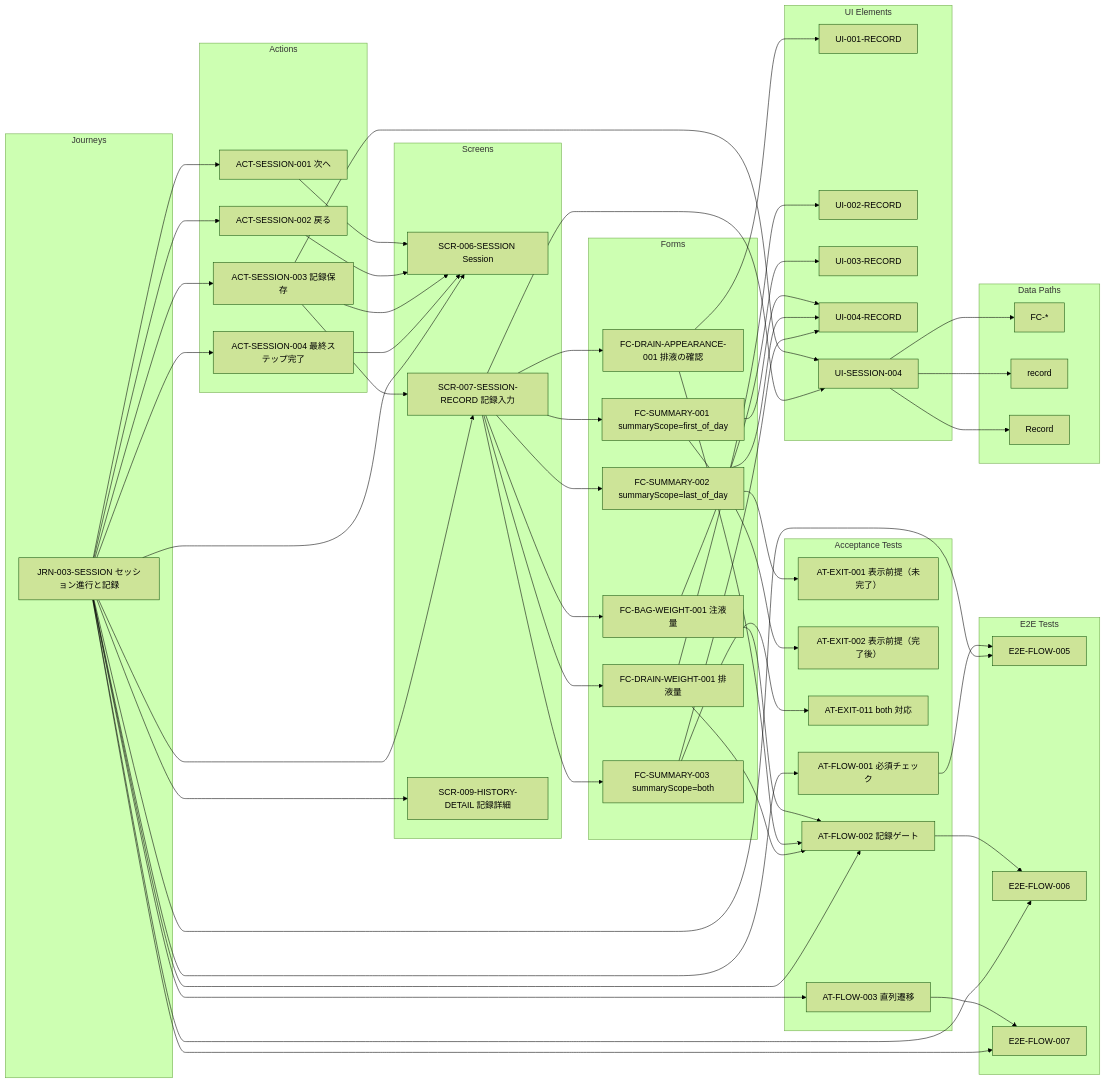
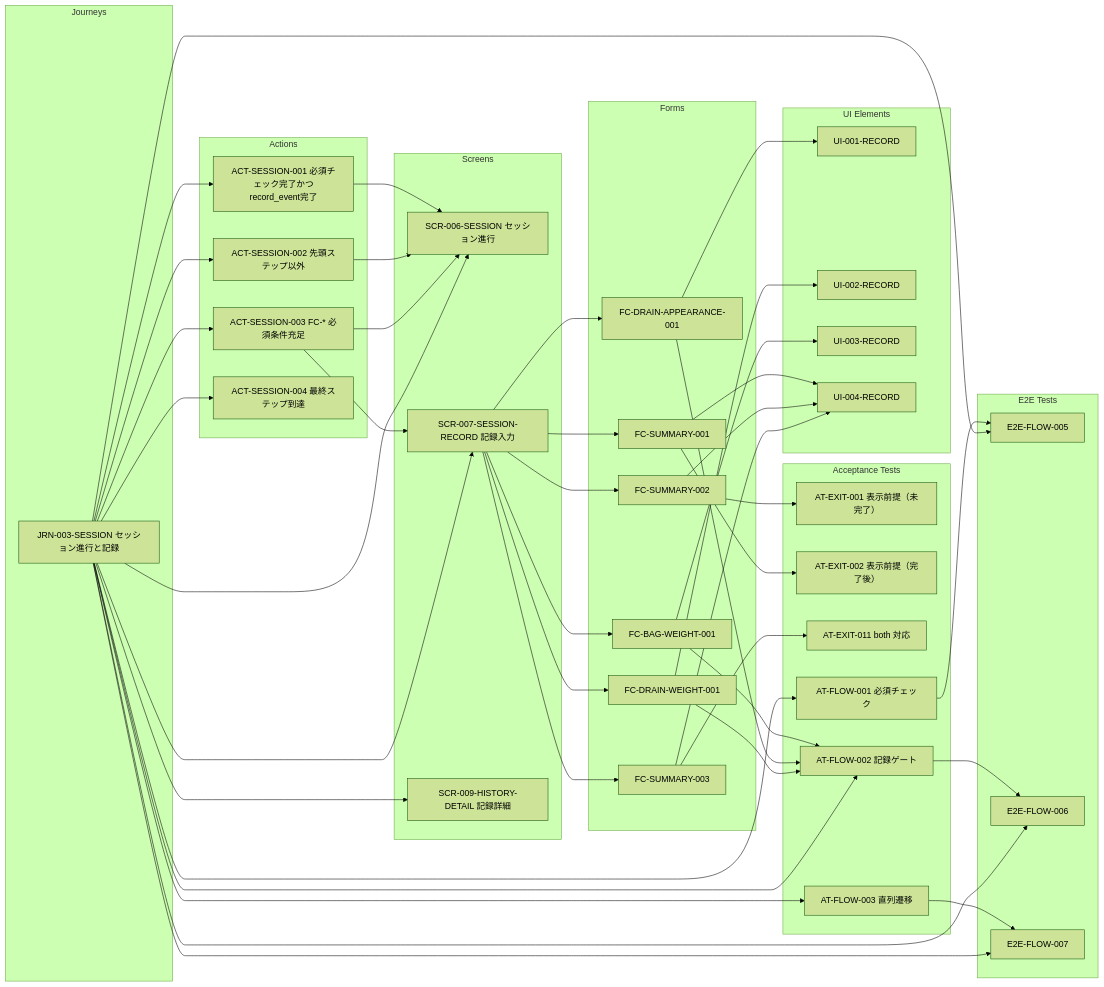
One commit to h-sakanet/capd_navi changed the diagram in docs/generated/screens/SCR-007-SESSION-RECORD.md. Above: the diagram before and after it, drawn with Mermaid (forest theme). The commit also changed 475 other files, not shown here.

````diff
--- a/docs/generated/screens/SCR-007-SESSION-RECORD.md
+++ b/docs/generated/screens/SCR-007-SESSION-RECORD.md
@@ -4,33 +4,32 @@
 flowchart LR
   %% SCR-007-SESSION-RECORD
   subgraph JRN["Journeys"]
-    N23["JRN-003-SESSION セッション進行と記録"]
+    N20["JRN-003-SESSION セッション進行と記録"]
   end
   subgraph ACT["Actions"]
-    N1["ACT-SESSION-001 次へ"]
-    N2["ACT-SESSION-002 戻る"]
-    N3["ACT-SESSION-003 記録保存"]
-    N4["ACT-SESSION-004 最終ステップ完了"]
+    N1["ACT-SESSION-001 必須チェック完了かつrecord_event完了"]
+    N2["ACT-SESSION-002 先頭ステップ以外"]
+    N3["ACT-SESSION-003 FC-* 必須条件充足"]
+    N4["ACT-SESSION-004 最終ステップ到達"]
   end
   subgraph SCR["Screens"]
-    N24["SCR-006-SESSION Session"]
-    N25["SCR-007-SESSION-RECORD 記録入力"]
-    N26["SCR-009-HISTORY-DETAIL 記録詳細"]
+    N21["SCR-006-SESSION セッション進行"]
+    N22["SCR-007-SESSION-RECORD 記録入力"]
+    N23["SCR-009-HISTORY-DETAIL 記録詳細"]
   end
   subgraph FC["Forms"]
-    N17["FC-BAG-WEIGHT-001 注液量"]
-    N18["FC-DRAIN-APPEARANCE-001 排液の確認"]
-    N19["FC-DRAIN-WEIGHT-001 排液量"]
-    N20["FC-SUMMARY-001 summaryScope=first_of_day"]
-    N21["FC-SUMMARY-002 summaryScope=last_of_day"]
-    N22["FC-SUMMARY-003 summaryScope=both"]
+    N14["FC-BAG-WEIGHT-001"]
+    N15["FC-DRAIN-APPEARANCE-001"]
+    N16["FC-DRAIN-WEIGHT-001"]
+    N17["FC-SUMMARY-001"]
+    N18["FC-SUMMARY-002"]
+    N19["FC-SUMMARY-003"]
   end
   subgraph UI["UI Elements"]
-    N27["UI-001-RECORD"]
-    N28["UI-002-RECORD"]
-    N29["UI-003-RECORD"]
-    N30["UI-004-RECORD"]
-    N31["UI-SESSION-004"]
+    N24["UI-001-RECORD"]
+    N25["UI-002-RECORD"]
+    N26["UI-003-RECORD"]
+    N27["UI-004-RECORD"]
   end
   subgraph AT["Acceptance Tests"]
     N5["AT-EXIT-001 表示前提（未完了）"]
@@ -41,57 +40,46 @@
     N10["AT-FLOW-003 直列遷移"]
   end
   subgraph E2E["E2E Tests"]
-    N14["E2E-FLOW-005"]
-    N15["E2E-FLOW-006"]
-    N16["E2E-FLOW-007"]
+    N11["E2E-FLOW-005"]
+    N12["E2E-FLOW-006"]
+    N13["E2E-FLOW-007"]
   end
-  subgraph DATA["Data Paths"]
-    N11["FC-*"]
-    N12["record"]
-    N13["Record"]
-  end
-  N1 --> N24
-  N2 --> N24
-  N3 --> N24
-  N3 --> N25
-  N3 --> N31
-  N4 --> N24
-  N8 --> N14
-  N9 --> N15
-  N10 --> N16
-  N17 --> N9
-  N17 --> N29
-  N18 --> N9
+  N1 --> N21
+  N2 --> N21
+  N3 --> N21
+  N3 --> N22
+  N8 --> N11
+  N9 --> N12
+  N10 --> N13
+  N14 --> N9
+  N14 --> N26
+  N15 --> N9
+  N15 --> N24
+  N16 --> N9
+  N16 --> N25
+  N17 --> N6
+  N17 --> N27
+  N18 --> N5
   N18 --> N27
-  N19 --> N9
-  N19 --> N28
-  N20 --> N6
-  N20 --> N30
-  N21 --> N5
-  N21 --> N30
-  N22 --> N7
-  N22 --> N30
-  N23 --> N1
-  N23 --> N2
-  N23 --> N3
-  N23 --> N4
-  N23 --> N8
-  N23 --> N9
-  N23 --> N10
-  N23 --> N14
-  N23 --> N15
-  N23 --> N16
-  N23 --> N24
-  N23 --> N25
-  N23 --> N26
-  N25 --> N17
-  N25 --> N18
-  N25 --> N19
-  N25 --> N20
-  N25 --> N21
-  N25 --> N22
-  N25 --> N31
-  N31 --> N11
-  N31 --> N12
-  N31 --> N13
+  N19 --> N7
+  N19 --> N27
+  N20 --> N1
+  N20 --> N2
+  N20 --> N3
+  N20 --> N4
+  N20 --> N8
+  N20 --> N9
+  N20 --> N10
+  N20 --> N11
+  N20 --> N12
+  N20 --> N13
+  N20 --> N21
+  N20 --> N22
+  N20 --> N23
+  N22 --> N14
+  N22 --> N15
+  N22 --> N16
+  N22 --> N17
+  N22 --> N18
+  N22 --> N19
 ```
````
